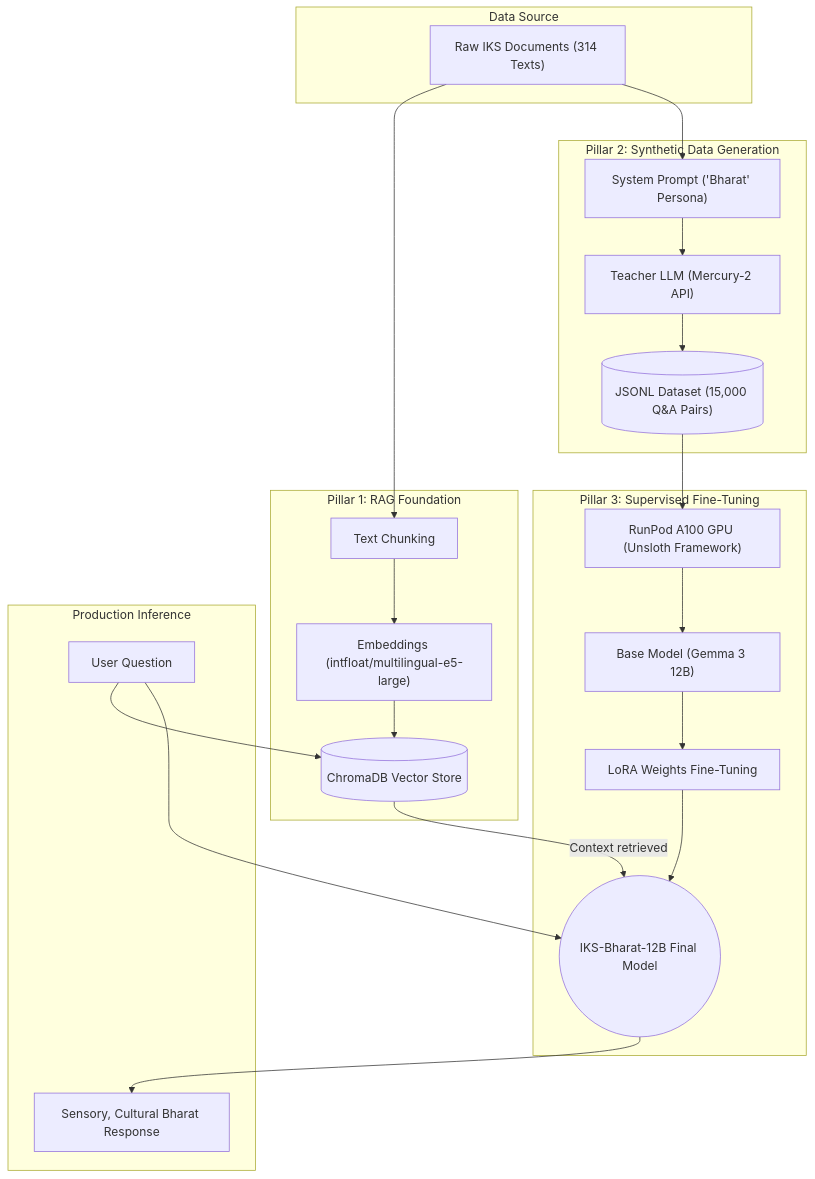
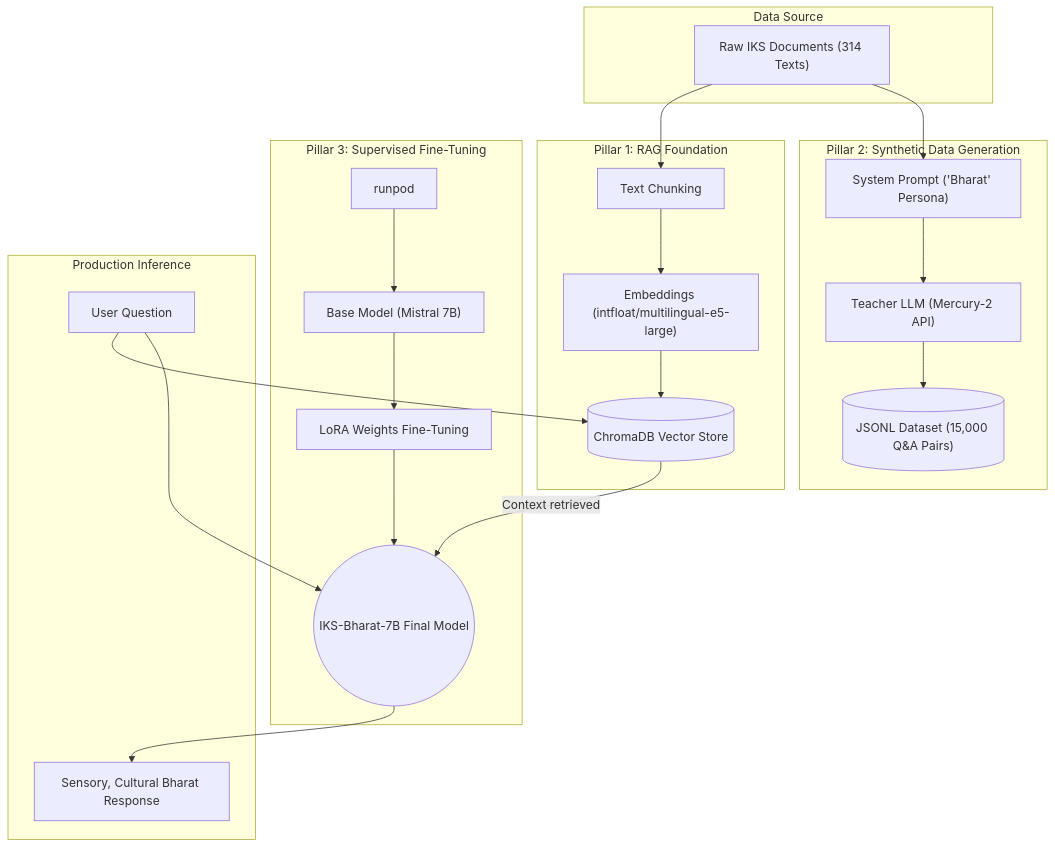
The first of 2 diagrams in docs/project/bharat_pitch_deck.md (Amankumar006/IKS-MODEL), drawn with Mermaid before and after one commit. The commit also changed other lines of this file and 26 other files, not shown here.

Commit message:
docs: pivot fine-tuning model to Mistral 7B and clean up Gemma references

````diff
--- a/docs/project/bharat_pitch_deck.md
+++ b/docs/project/bharat_pitch_deck.md
@@ -36,32 +36,31 @@
 ```mermaid
 flowchart TD
     subgraph Data Source
         docs["Raw IKS Documents (314 Texts)"]
     end
 
     subgraph Pillar 1: RAG Foundation
         docs --> chunk["Text Chunking"]
         chunk --> embed["Embeddings (intfloat/multilingual-e5-large)"]
         embed --> vectorDB[("ChromaDB Vector Store")]
     end
 
     subgraph Pillar 2: Synthetic Data Generation
         docs --> prompt["System Prompt ('Bharat' Persona)"]
         prompt --> mercury["Teacher LLM (Mercury-2 API)"]
         mercury --> dataset[("JSONL Dataset (15,000 Q&A Pairs)")]
     end
 
     subgraph Pillar 3: Supervised Fine-Tuning
-        dataset --> runpod["RunPod A100 GPU (Unsloth Framework)"]
-        runpod --> gemma["Base Model (Gemma 3 12B)"]
+        runpod --> gemma["Base Model (Mistral 7B)"]
         gemma --> lora["LoRA Weights Fine-Tuning"]
-        lora --> model(("IKS-Bharat-12B Final Model"))
+        lora --> model(("IKS-Bharat-7B Final Model"))
     end
 
     subgraph Production Inference
         user["User Question"] --> vectorDB
         vectorDB -- "Context retrieved" --> model
         user --> model
         model --> output["Sensory, Cultural Bharat Response"]
     end
 ```
````
